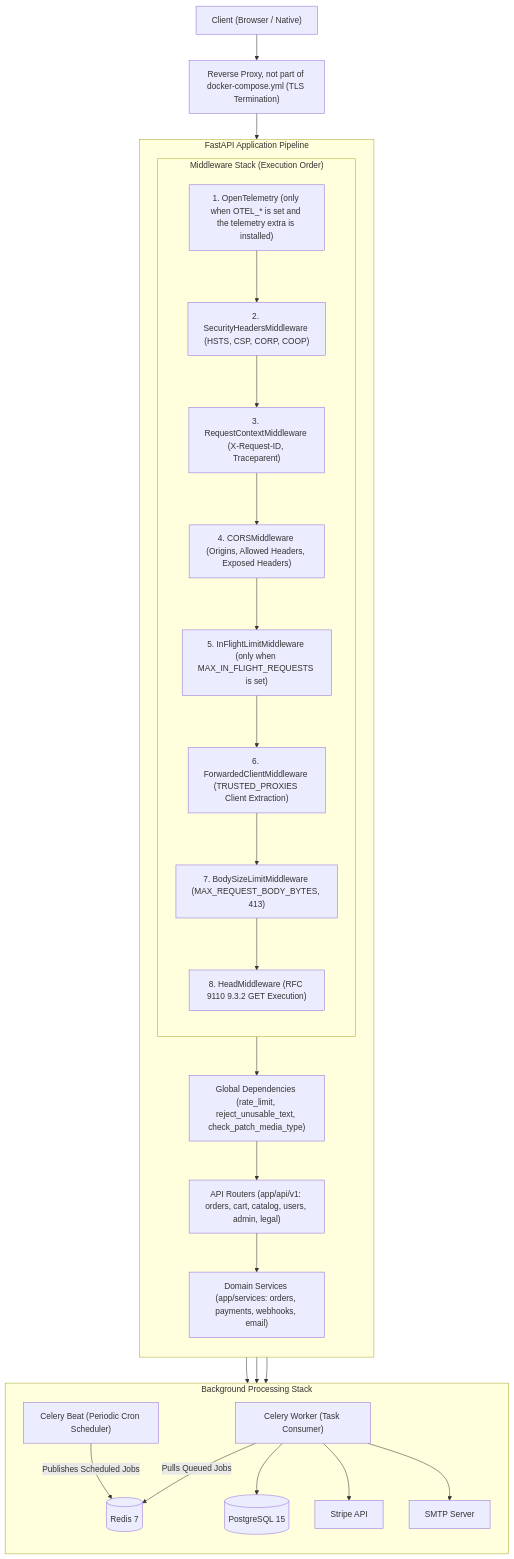
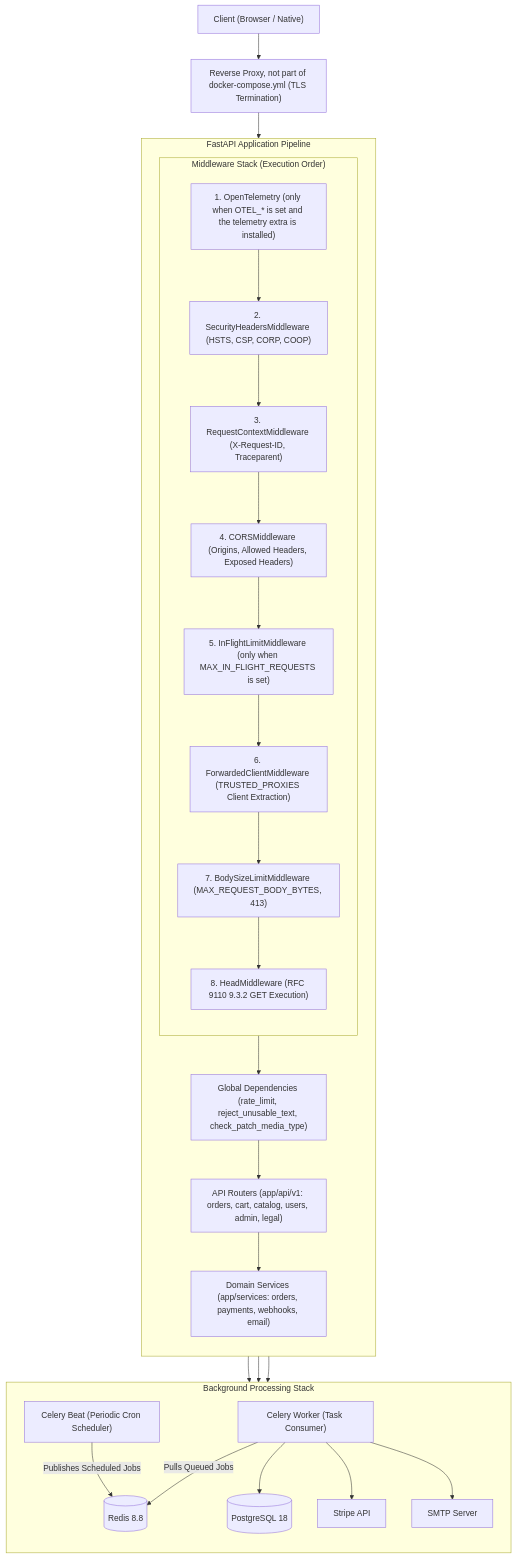
The first of 4 diagrams in docs/ARCHITECTURE.md (nadeko0/fastapi_e-commerce_backend), drawn with Mermaid before and after one commit. The commit also changed 9 other files, not shown here.

First line of the commit message:
build(docker): PostgreSQL 18 and Redis 8.8, patched base images, Trivy 0.76.1

````diff
--- a/docs/ARCHITECTURE.md
+++ b/docs/ARCHITECTURE.md
@@ -13,36 +13,36 @@
 ```mermaid
 flowchart TD
     Client["Client (Browser / Native)"] --> Proxy["Reverse Proxy, not part of docker-compose.yml (TLS Termination)"]
     Proxy --> M1
 
     subgraph ASGI ["FastAPI Application Pipeline"]
         direction TB
         subgraph Middlewares ["Middleware Stack (Execution Order)"]
             direction TB
             M1["1. OpenTelemetry (only when OTEL_* is set and the telemetry extra is installed)"]
             --> M2["2. SecurityHeadersMiddleware (HSTS, CSP, CORP, COOP)"]
             --> M3["3. RequestContextMiddleware (X-Request-ID, Traceparent)"]
             --> M4["4. CORSMiddleware (Origins, Allowed Headers, Exposed Headers)"]
             --> M5["5. InFlightLimitMiddleware (only when MAX_IN_FLIGHT_REQUESTS is set)"]
             --> M6["6. ForwardedClientMiddleware (TRUSTED_PROXIES Client Extraction)"]
             --> M7["7. BodySizeLimitMiddleware (MAX_REQUEST_BODY_BYTES, 413)"]
             --> M8["8. HeadMiddleware (RFC 9110 9.3.2 GET Execution)"]
         end
         Middlewares --> Dependencies["Global Dependencies (rate_limit, reject_unusable_text, check_patch_media_type)"]
         Dependencies --> Routers["API Routers (app/api/v1: orders, cart, catalog, users, admin, legal)"]
         Routers --> Services["Domain Services (app/services: orders, payments, webhooks, email)"]
     end
 
-    Services --> DB[(PostgreSQL 15)]
-    Services --> Cache[(Redis 7)]
+    Services --> DB[(PostgreSQL 18)]
+    Services --> Cache[(Redis 8.8)]
     Services --> StripeExt[Stripe API]
 
     subgraph AsyncWorkers ["Background Processing Stack"]
         direction TB
         Beat["Celery Beat (Periodic Cron Scheduler)"] -->|Publishes Scheduled Jobs| Cache
         Worker["Celery Worker (Task Consumer)"] -->|Pulls Queued Jobs| Cache
         Worker --> DB
         Worker --> StripeExt
         Worker --> SMTPExt[SMTP Server]
     end
 ```
````
